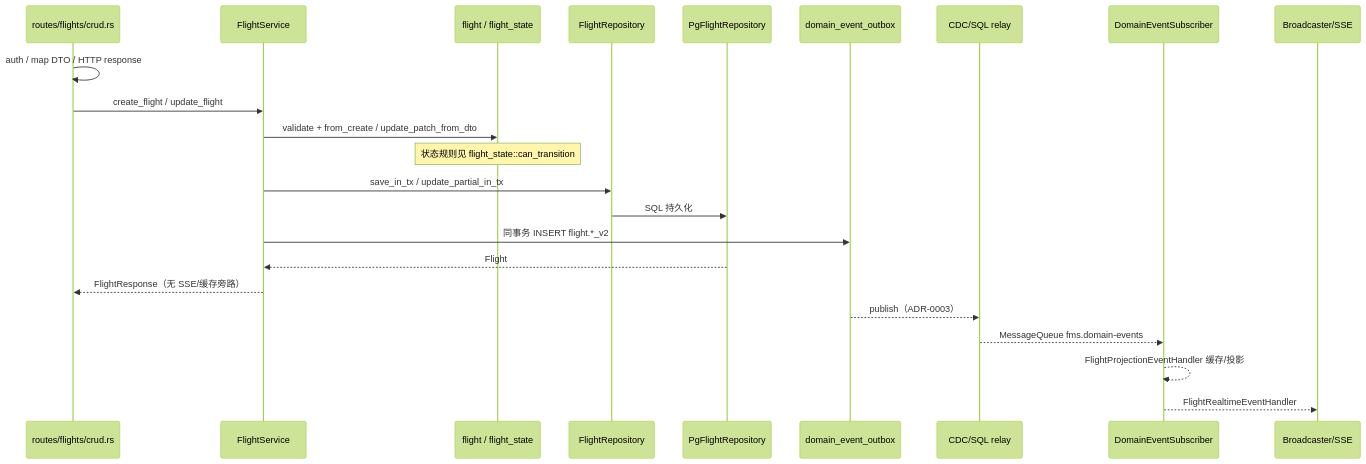
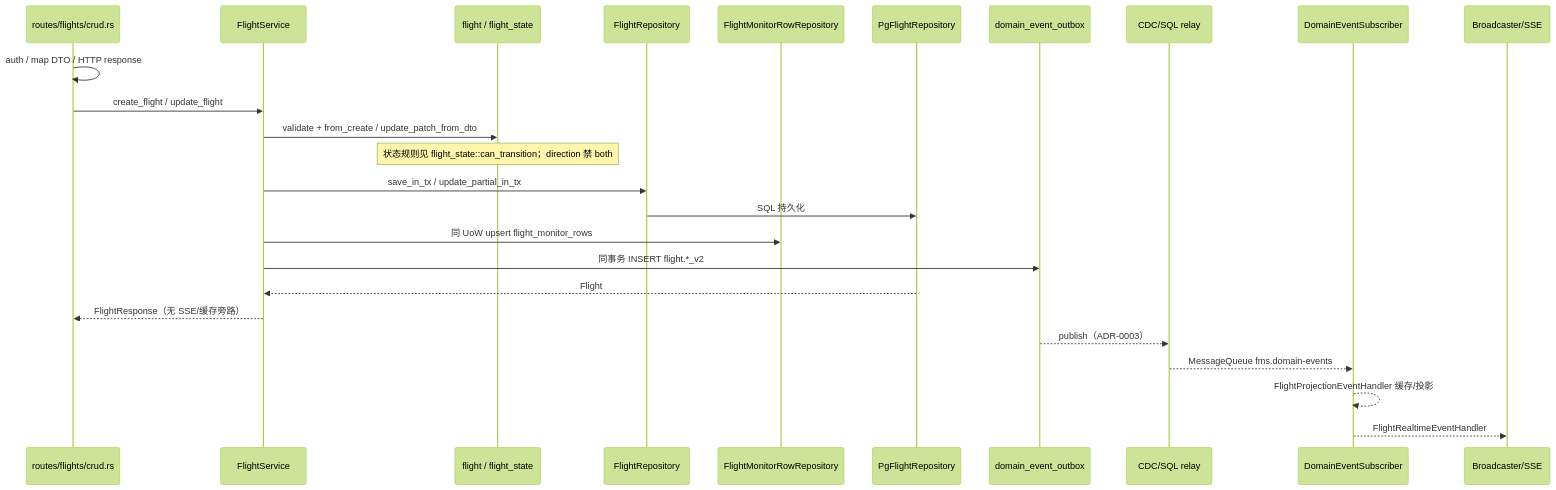
Before and after one commit to shezhifei/flight-monitor-system: the diagram in docs/architecture/FLIGHT_WRITE_SEQUENCE.md, drawn with Mermaid (forest theme). The commit also changed other lines of this file and 226 other files, not shown here.

````diff
--- a/docs/architecture/FLIGHT_WRITE_SEQUENCE.md
+++ b/docs/architecture/FLIGHT_WRITE_SEQUENCE.md
@@ -5,26 +5,28 @@
 ```mermaid
 sequenceDiagram
     participant Route as routes/flights/crud.rs
     participant Svc as FlightService
     participant Domain as flight / flight_state
     participant Repo as FlightRepository
+    participant Monitor as FlightMonitorRowRepository
     participant Pg as PgFlightRepository
     participant Outbox as domain_event_outbox
     participant CDC as CDC/SQL relay
     participant Sub as DomainEventSubscriber
     participant SSE as Broadcaster/SSE
 
     Route->>Route: auth / map DTO / HTTP response
     Route->>Svc: create_flight / update_flight
     Svc->>Domain: validate + from_create / update_patch_from_dto
-    Note over Domain: 状态规则见 flight_state::can_transition
+    Note over Domain: 状态规则见 flight_state::can_transition；direction 禁 both
     Svc->>Repo: save_in_tx / update_partial_in_tx
     Repo->>Pg: SQL 持久化
+    Svc->>Monitor: 同 UoW upsert flight_monitor_rows
     Svc->>Outbox: 同事务 INSERT flight.*_v2
     Pg-->>Svc: Flight
     Svc-->>Route: FlightResponse（无 SSE/缓存旁路）
     Outbox-->>CDC: publish（ADR-0003）
     CDC-->>Sub: MessageQueue fms.domain-events
     Sub-->>Sub: FlightProjectionEventHandler 缓存/投影
     Sub-->>SSE: FlightRealtimeEventHandler
 ```
````
